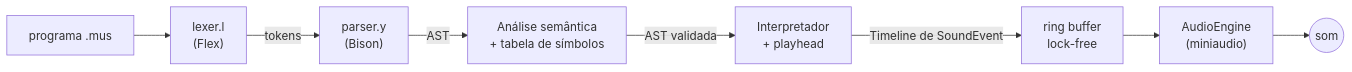
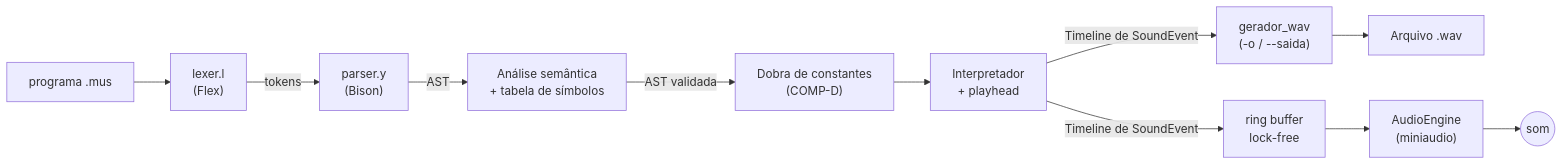
Before and after one commit to Interpretador-Musical/Grupo03-COMP01: the diagram in docs/arquitetura.md, drawn with Mermaid. The commit also changed other lines of this file and 3 other files, not shown here.

Commit message:
docs(comp-c): documenta formato-alvo WAV, alternativas e uso da CLI (#108)

````diff
--- a/docs/arquitetura.md
+++ b/docs/arquitetura.md
@@ -12,10 +12,13 @@
 ```mermaid
 flowchart LR
   A["programa .mus"] --> B["lexer.l<br/>(Flex)"]
   B -- tokens --> C["parser.y<br/>(Bison)"]
   C -- AST --> S["Análise semântica<br/>+ tabela de símbolos"]
-  S -- "AST validada" --> D["Interpretador<br/>+ playhead"]
+  S -- "AST validada" --> O["Dobra de constantes<br/>(COMP-D)"]
+  O --> D["Interpretador<br/>+ playhead"]
+  D -- "Timeline de SoundEvent" --> G["gerador_wav<br/>(-o / --saida)"]
+  G --> H["Arquivo .wav"]
   D -- "Timeline de SoundEvent" --> E["ring buffer<br/>lock-free"]
   E --> F["AudioEngine<br/>(miniaudio)"]
-  F --> G(("som"))
+  F --> G2(("som"))
 ```
````
